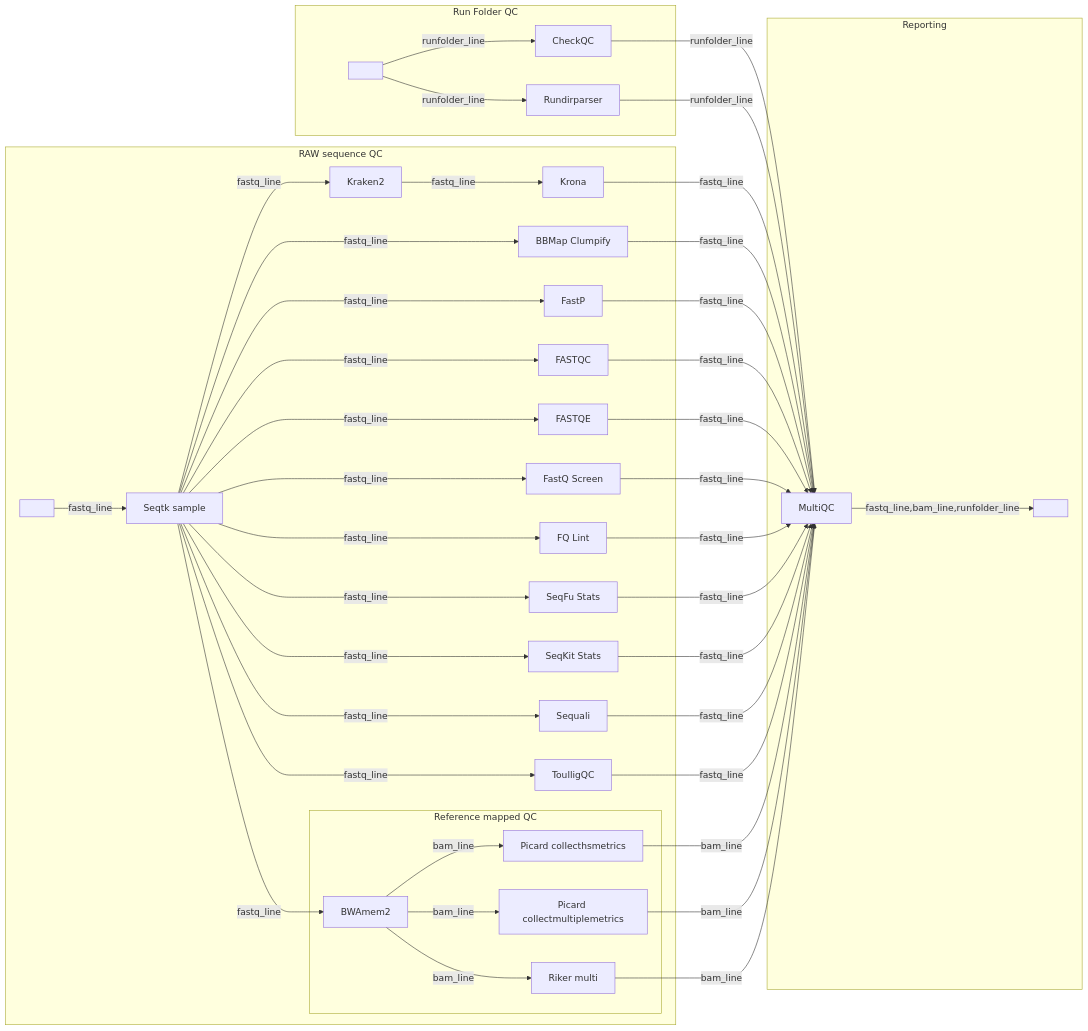
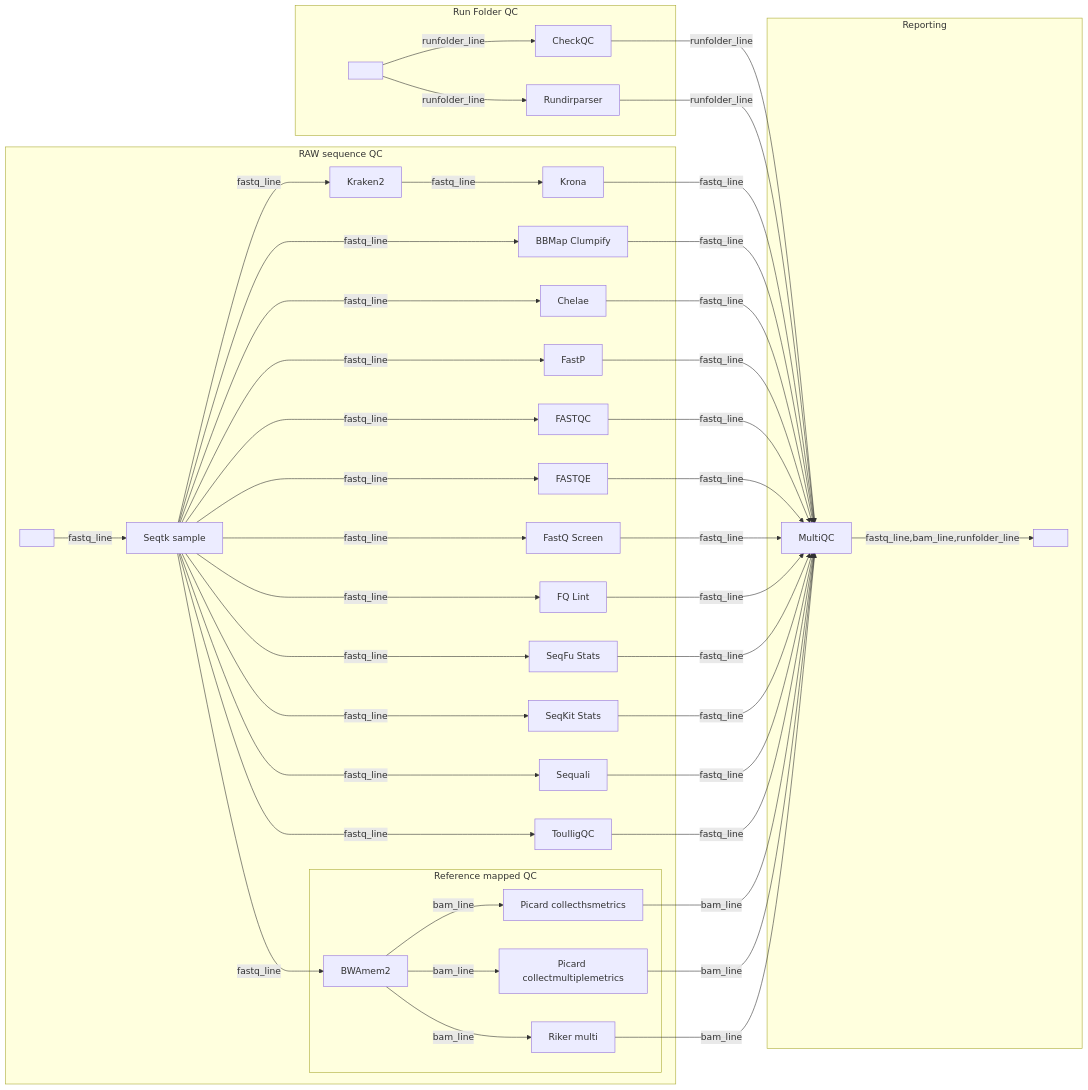
The diagram in docs/seqinspector.mmd (nf-core/seqinspector), drawn with Mermaid before and after one commit. The commit also changed 17 other files, not shown here.

```diff
--- a/docs/seqinspector.mmd
+++ b/docs/seqinspector.mmd
@@ -1,102 +1,105 @@
 %%metro title: nf-core/seqinspector
 %%metro style: dark
 %%metro logo: docs/images/nf-core-seqinspector_logo_dark.png
 
 %%metro line: runfolder_line | Run Folder | #1f77b4
 %%metro line: fastq_line | RAW sequence | #ff7f0e
 %%metro line: bam_line | Reference mapped | #24B064
 
 %%metro file: fastq_icon | FASTQ | | banner
 %%metro dir: runfolder_icon | RUNDIR
 %%metro file: multiqc_icon | HTML | | banner
 
 %%metro center_ports: true
 %%metro compact_offsets: true
 %%metro legend: bl
 
 %%metro grid: fastq_graph | 0,0,2
 %%metro grid: runfolder_graph | 1,0
 %%metro grid: bam_graph | 1,1
 %%metro grid: reporting_graph | 2,1,2
 
 graph LR
     subgraph fastq_graph [RAW sequence QC]
         fastq_icon[ ]
 
         bbmap[BBMap Clumpify]
+        chelae[Chelae]
         fastp[FastP]
         fastqc[FASTQC]
         fastqe[FASTQE]
         fastqscreen[FastQ Screen]
         fq_lint[FQ Lint]
         kraken2[Kraken2]
         krona[Krona]
         seqfu[SeqFu Stats]
         seqkit[SeqKit Stats]
         seqtk[Seqtk sample]
         sequali[Sequali]
         toulligqc[ToulligQC]
 
         fastq_icon -->|fastq_line| seqtk
 
         seqtk -->|fastq_line| kraken2
         kraken2 -->|fastq_line| krona
 
         subgraph bam_graph [Reference mapped QC]
             bwamem2[BWAmem2]
 
             picardhs[Picard collecthsmetrics]
             picardmultiple[Picard collectmultiplemetrics]
             riker[Riker multi]
 
             bwamem2 -->|bam_line| picardhs
             bwamem2 -->|bam_line| picardmultiple
             bwamem2 -->|bam_line| riker
         end
 
         seqtk -->|fastq_line| bbmap
+        seqtk -->|fastq_line| chelae
         seqtk -->|fastq_line| fastp
         seqtk -->|fastq_line| fastqc
         seqtk -->|fastq_line| fastqe
         seqtk -->|fastq_line| fastqscreen
         seqtk -->|fastq_line| fq_lint
         seqtk -->|fastq_line| seqfu
         seqtk -->|fastq_line| seqkit
         seqtk -->|fastq_line| sequali
         seqtk -->|fastq_line| toulligqc
     end
 
     subgraph runfolder_graph [Run Folder QC]
         runfolder_icon[ ]
 
         checkqc[CheckQC]
         rundirparser[Rundirparser]
 
         runfolder_icon -->|runfolder_line| checkqc
         runfolder_icon -->|runfolder_line| rundirparser
     end
 
     subgraph reporting_graph [Reporting]
         %%metro direction: TB
         multiqc[MultiQC]
         multiqc -->|fastq_line,bam_line,runfolder_line| multiqc_icon
         multiqc_icon[ ]
     end
 
     bbmap -->|fastq_line| multiqc
+    chelae -->|fastq_line| multiqc
     checkqc -->|runfolder_line| multiqc
     fastp -->|fastq_line| multiqc
     fastqc -->|fastq_line| multiqc
     fastqe -->|fastq_line| multiqc
     fastqscreen -->|fastq_line| multiqc
     fq_lint -->|fastq_line| multiqc
     krona -->|fastq_line| multiqc
     picardhs -->|bam_line| multiqc
     picardmultiple -->|bam_line| multiqc
     riker -->|bam_line| multiqc
     rundirparser -->|runfolder_line| multiqc
     seqfu -->|fastq_line| multiqc
     seqkit -->|fastq_line| multiqc
     seqtk -->|fastq_line| bwamem2
     sequali -->|fastq_line| multiqc
     toulligqc -->|fastq_line| multiqc
```
